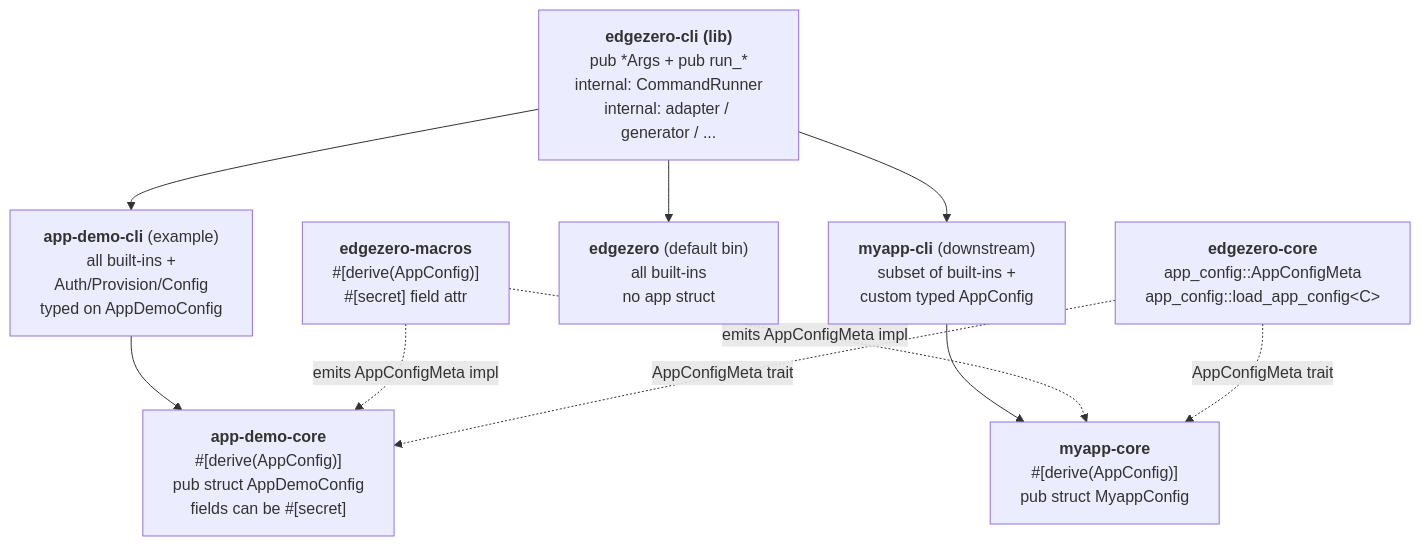
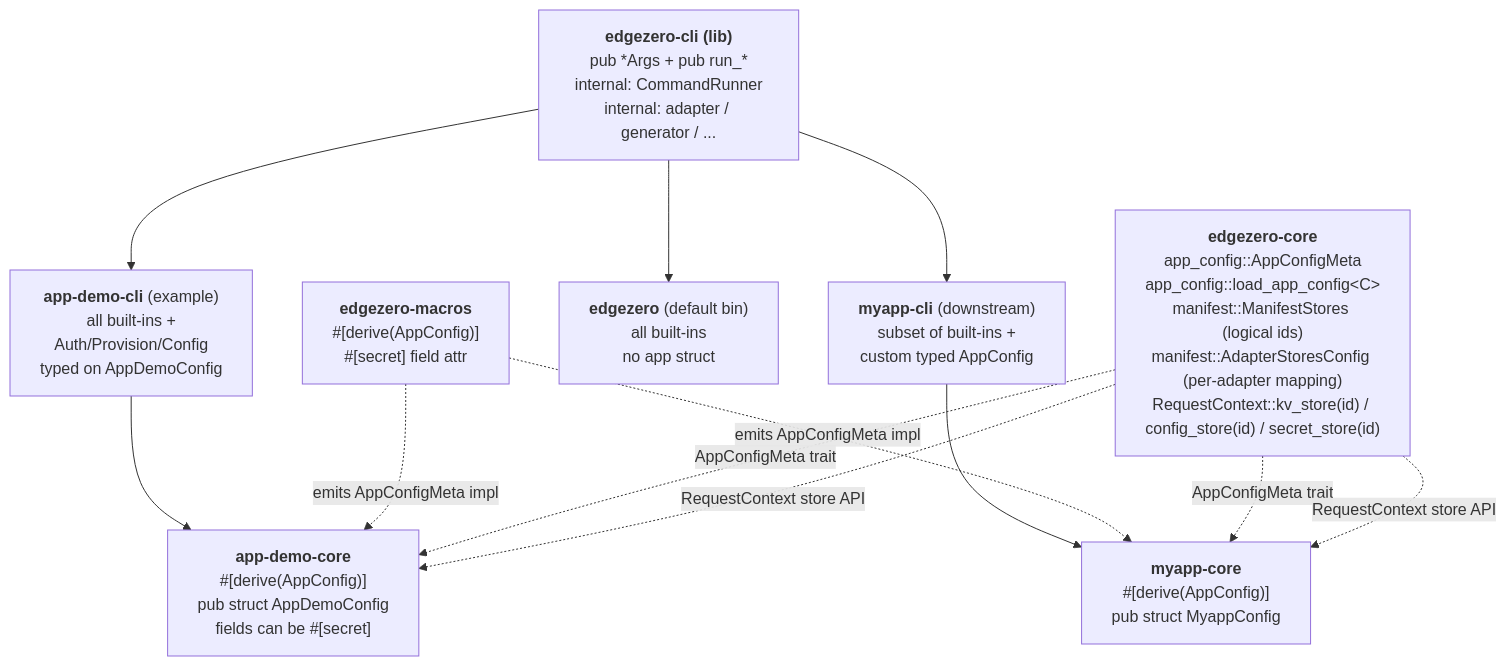
The diagram in docs/superpowers/specs/2026-05-19-cli-extensions-design.md (stackpop/edgezero), drawn with Mermaid before and after one commit. The commit also changed other lines of this file, not shown here.

````diff
--- a/docs/superpowers/specs/2026-05-19-cli-extensions-design.md
+++ b/docs/superpowers/specs/2026-05-19-cli-extensions-design.md
@@ -82,20 +94,22 @@
 ```mermaid
 graph TB
     Lib["<b>edgezero-cli (lib)</b><br/>pub *Args + pub run_*<br/>internal: CommandRunner<br/>internal: adapter / generator / ..."]
 
     Macros["<b>edgezero-macros</b><br/>#[derive(AppConfig)]<br/>#[secret] field attr"]
 
-    Core["<b>edgezero-core</b><br/>app_config::AppConfigMeta<br/>app_config::load_app_config&lt;C&gt;"]
+    Core["<b>edgezero-core</b><br/>app_config::AppConfigMeta<br/>app_config::load_app_config&lt;C&gt;<br/>manifest::ManifestStores (logical ids)<br/>manifest::AdapterStoresConfig (per-adapter mapping)<br/>RequestContext::kv_store(id) / config_store(id) / secret_store(id)"]
 
     Lib --> EZ["<b>edgezero</b> (default bin)<br/>all built-ins<br/>no app struct"]
     Lib --> ADC["<b>app-demo-cli</b> (example)<br/>all built-ins +<br/>Auth/Provision/Config<br/>typed on AppDemoConfig"]
     Lib --> MAC["<b>myapp-cli</b> (downstream)<br/>subset of built-ins +<br/>custom typed AppConfig"]
 
     ADC --> ADCore["<b>app-demo-core</b><br/>#[derive(AppConfig)]<br/>pub struct AppDemoConfig<br/>fields can be #[secret]"]
     MAC --> MACore["<b>myapp-core</b><br/>#[derive(AppConfig)]<br/>pub struct MyappConfig"]
 
     Macros -.emits AppConfigMeta impl.-> ADCore
     Macros -.emits AppConfigMeta impl.-> MACore
     Core -.AppConfigMeta trait.-> ADCore
     Core -.AppConfigMeta trait.-> MACore
+    Core -.RequestContext store API.-> ADCore
+    Core -.RequestContext store API.-> MACore
 ```
````
